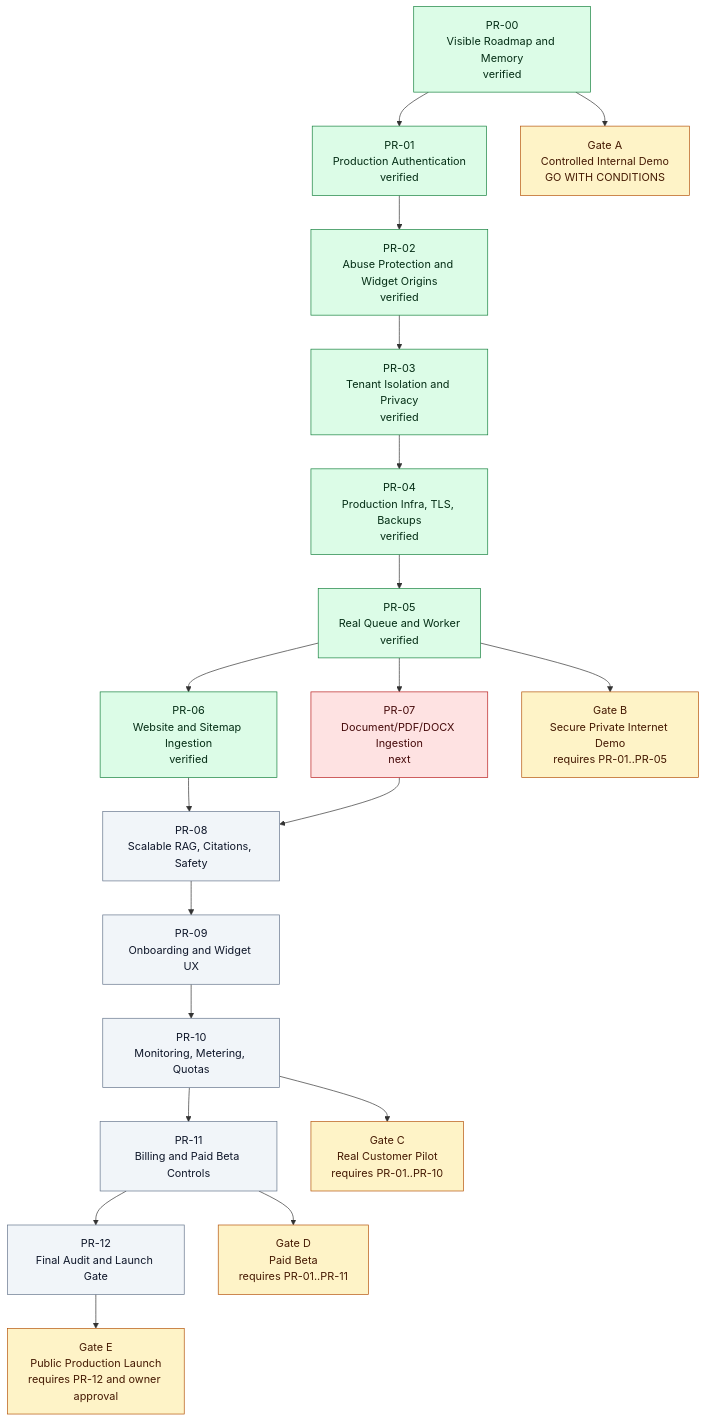
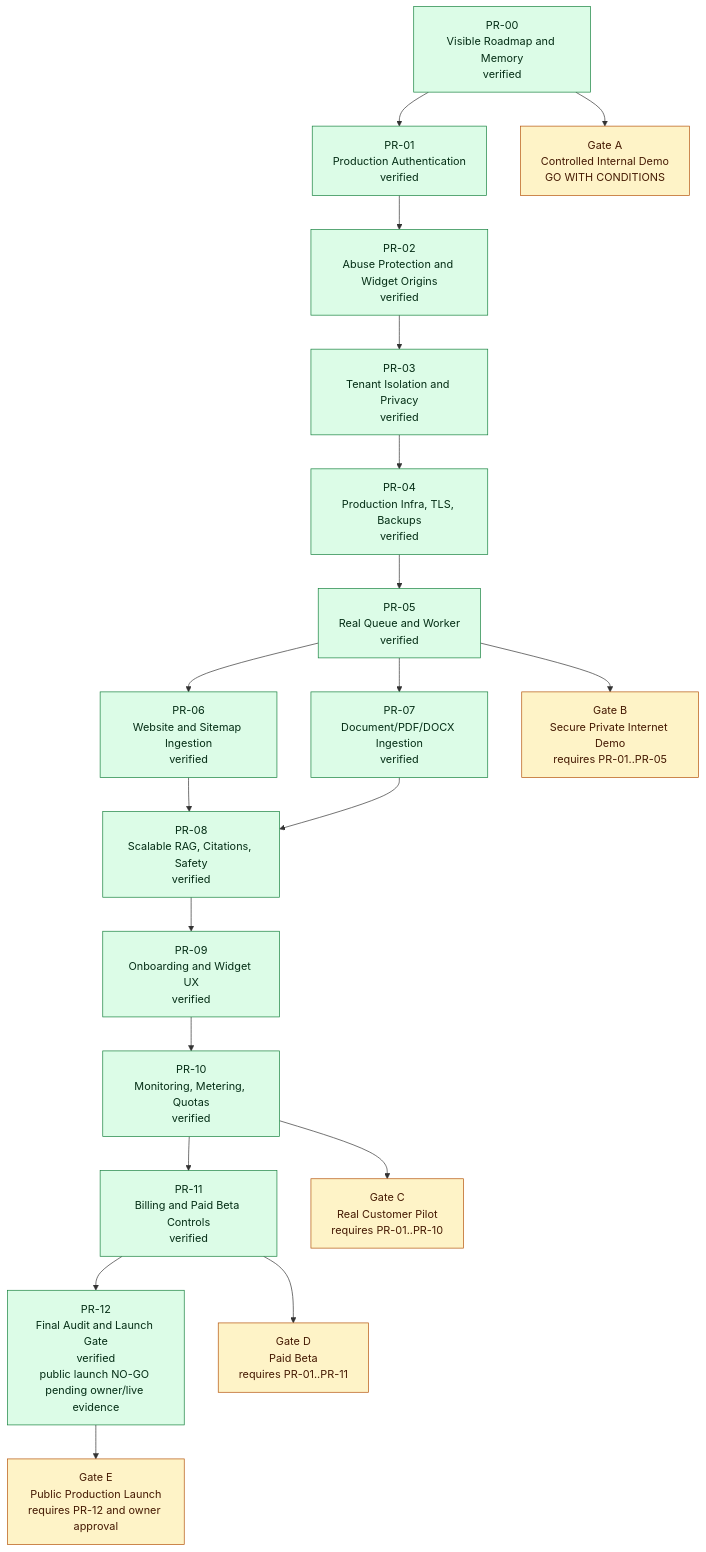
Before and after one commit to Tauhid-dev/AI-Magnet: the diagram in production-control/03_PHASE_DEPENDENCY_GRAPH.md, drawn with Mermaid. The commit also changed other lines of this file and 20 other files, not shown here.

Commit message:
Production PR-12: final validation launch gate

````diff
--- a/production-control/03_PHASE_DEPENDENCY_GRAPH.md
+++ b/production-control/03_PHASE_DEPENDENCY_GRAPH.md
@@ -5,45 +5,43 @@
 ```mermaid
 flowchart TB
     PR00["PR-00<br/>Visible Roadmap and Memory<br/>verified"]
     PR01["PR-01<br/>Production Authentication<br/>verified"]
     PR02["PR-02<br/>Abuse Protection and Widget Origins<br/>verified"]
     PR03["PR-03<br/>Tenant Isolation and Privacy<br/>verified"]
     PR04["PR-04<br/>Production Infra, TLS, Backups<br/>verified"]
     PR05["PR-05<br/>Real Queue and Worker<br/>verified"]
     PR06["PR-06<br/>Website and Sitemap Ingestion<br/>verified"]
-    PR07["PR-07<br/>Document/PDF/DOCX Ingestion<br/>next"]
-    PR08["PR-08<br/>Scalable RAG, Citations, Safety"]
-    PR09["PR-09<br/>Onboarding and Widget UX"]
-    PR10["PR-10<br/>Monitoring, Metering, Quotas"]
-    PR11["PR-11<br/>Billing and Paid Beta Controls"]
-    PR12["PR-12<br/>Final Audit and Launch Gate"]
+    PR07["PR-07<br/>Document/PDF/DOCX Ingestion<br/>verified"]
+    PR08["PR-08<br/>Scalable RAG, Citations, Safety<br/>verified"]
+    PR09["PR-09<br/>Onboarding and Widget UX<br/>verified"]
+    PR10["PR-10<br/>Monitoring, Metering, Quotas<br/>verified"]
+    PR11["PR-11<br/>Billing and Paid Beta Controls<br/>verified"]
+    PR12["PR-12<br/>Final Audit and Launch Gate<br/>verified<br/>public launch NO-GO pending owner/live evidence"]
 
     GateA["Gate A<br/>Controlled Internal Demo<br/>GO WITH CONDITIONS"]
     GateB["Gate B<br/>Secure Private Internet Demo<br/>requires PR-01..PR-05"]
     GateC["Gate C<br/>Real Customer Pilot<br/>requires PR-01..PR-10"]
     GateD["Gate D<br/>Paid Beta<br/>requires PR-01..PR-11"]
     GateE["Gate E<br/>Public Production Launch<br/>requires PR-12 and owner approval"]
 
     PR00 --> PR01 --> PR02 --> PR03 --> PR04 --> PR05
     PR05 --> PR06
     PR05 --> PR07
     PR06 --> PR08
     PR07 --> PR08
     PR08 --> PR09 --> PR10 --> PR11 --> PR12
 
     PR00 --> GateA
     PR05 --> GateB
     PR10 --> GateC
     PR11 --> GateD
     PR12 --> GateE
 
     classDef verified fill:#dcfce7,stroke:#15803d,color:#052e16
     classDef blocker fill:#fee2e2,stroke:#b91c1c,color:#450a0a
     classDef notStarted fill:#f1f5f9,stroke:#64748b,color:#0f172a
     classDef gate fill:#fef3c7,stroke:#b45309,color:#451a03
 
-    class PR00,PR01,PR02,PR03,PR04,PR05,PR06 verified
-    class PR07 blocker
-    class PR08,PR09,PR10,PR11,PR12 notStarted
+    class PR00,PR01,PR02,PR03,PR04,PR05,PR06,PR07,PR08,PR09,PR10,PR11,PR12 verified
     class GateA,GateB,GateC,GateD,GateE gate
 ```
````
